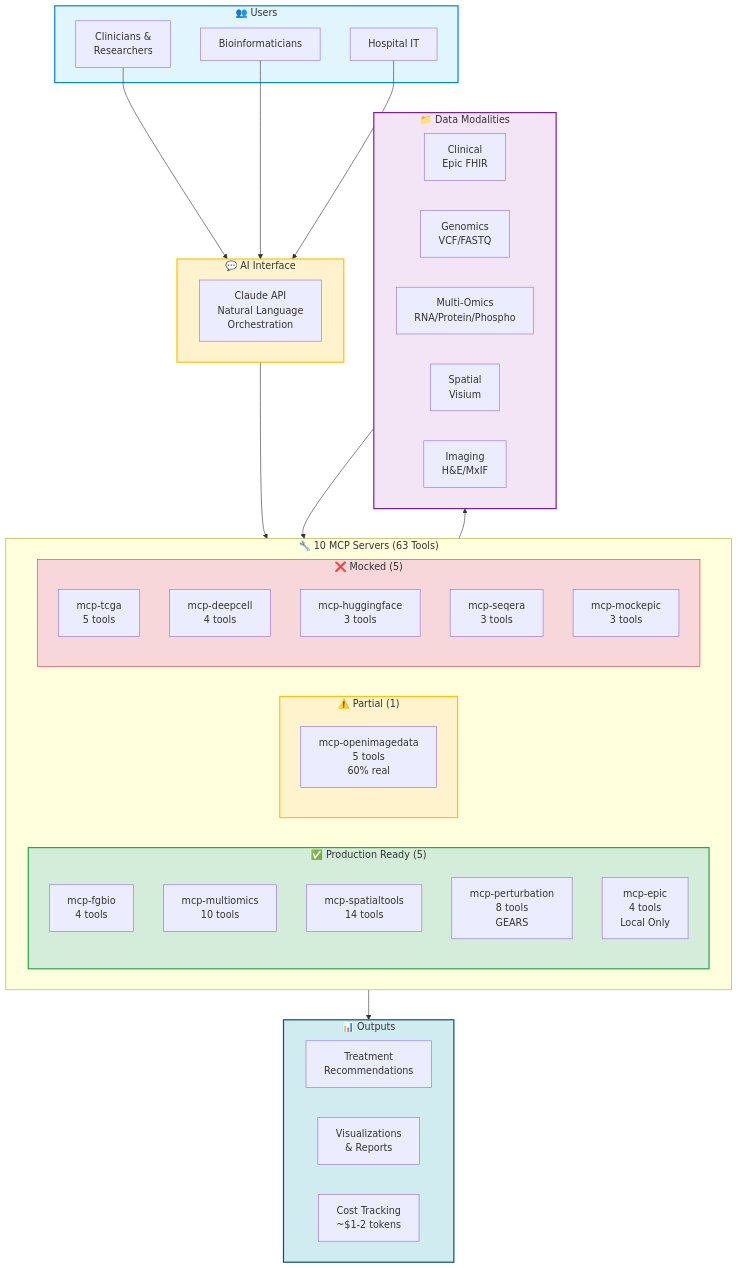
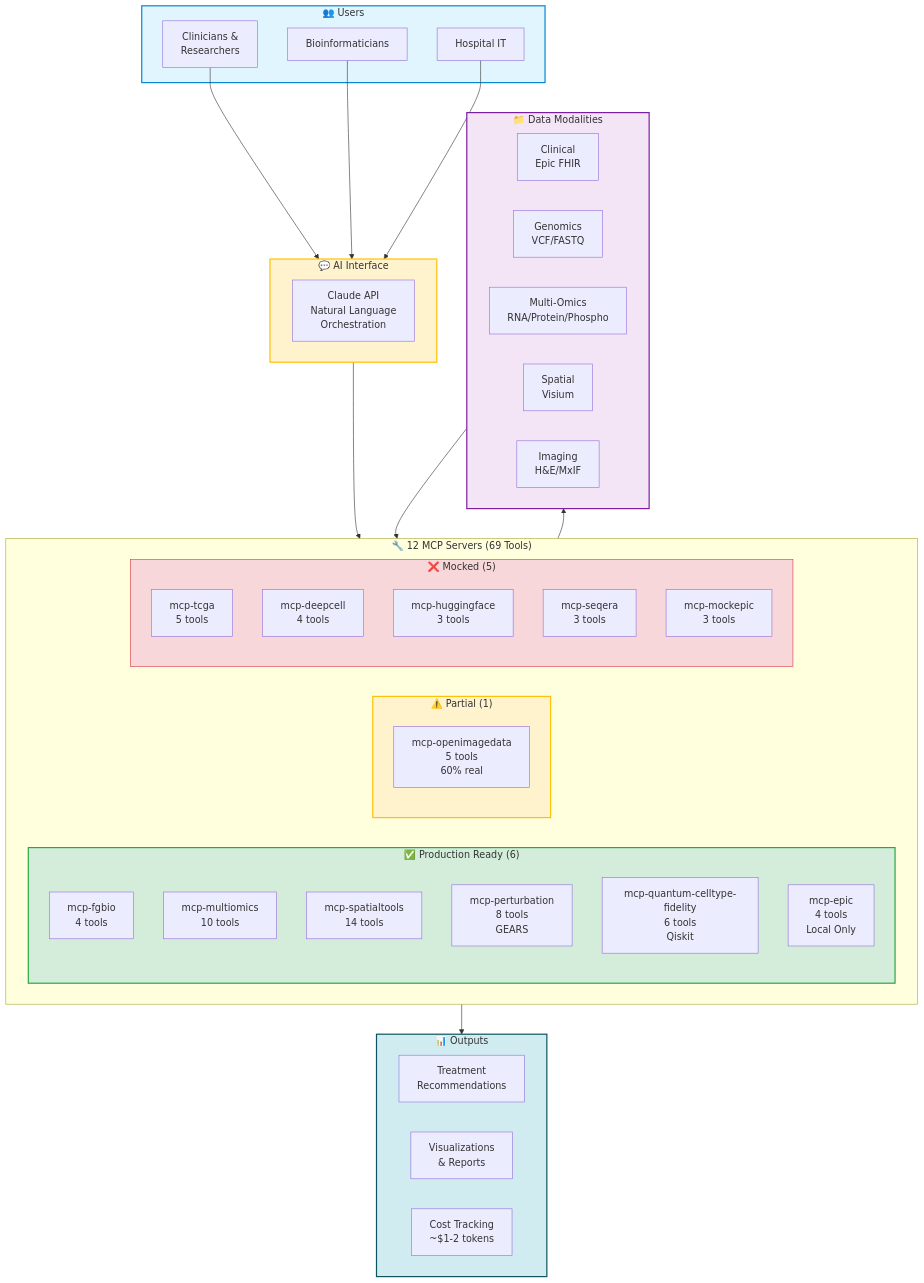
The diagram in docs/EXECUTIVE_SUMMARY.md (raymond301/precision-medicine-mcp), drawn with Mermaid before and after one commit. The commit also changed other lines of this file and 3 other files, not shown here.

First line of the commit message:
Update documentation for mcp-quantum-celltype-fidelity server

````diff
--- a/docs/EXECUTIVE_SUMMARY.md
+++ b/docs/EXECUTIVE_SUMMARY.md
@@ -13,68 +13,69 @@
 ```mermaid
 graph TB
     subgraph Users["👥 Users"]
         CLIN[Clinicians &<br/>Researchers]
         BIO[Bioinformaticians]
         ADMIN[Hospital IT]
     end
 
     subgraph Interface["💬 AI Interface"]
         CLAUDE[Claude API<br/>Natural Language<br/>Orchestration]
     end
 
-    subgraph Servers["🔧 10 MCP Servers (63 Tools)"]
+    subgraph Servers["🔧 12 MCP Servers (69 Tools)"]
         direction LR
-        subgraph Production["✅ Production Ready (5)"]
+        subgraph Production["✅ Production Ready (6)"]
             FGBIO[mcp-fgbio<br/>4 tools]
             MULTI[mcp-multiomics<br/>10 tools]
             SPATIAL[mcp-spatialtools<br/>14 tools]
             PERTURB[mcp-perturbation<br/>8 tools<br/>GEARS]
+            QUANTUM[mcp-quantum-celltype-fidelity<br/>6 tools<br/>Qiskit]
             EPIC[mcp-epic<br/>4 tools<br/>Local Only]
         end
 
         subgraph Partial["⚠️ Partial (1)"]
             IMAGE[mcp-openimagedata<br/>5 tools<br/>60% real]
         end
 
         subgraph Mocked["❌ Mocked (5)"]
             TCGA[mcp-tcga<br/>5 tools]
             DEEP[mcp-deepcell<br/>4 tools]
             HF[mcp-huggingface<br/>3 tools]
             SEQ[mcp-seqera<br/>3 tools]
             MOCK[mcp-mockepic<br/>3 tools]
         end
     end
 
     subgraph Data["📁 Data Modalities"]
         CLINICAL[Clinical<br/>Epic FHIR]
         GENOMIC[Genomics<br/>VCF/FASTQ]
         OMICS[Multi-Omics<br/>RNA/Protein/Phospho]
         SPAT[Spatial<br/>Visium]
         IMG[Imaging<br/>H&E/MxIF]
     end
 
     subgraph Output["📊 Outputs"]
         REPORT[Treatment<br/>Recommendations]
         VIZ[Visualizations<br/>& Reports]
         COST[Cost Tracking<br/>~$1-2 tokens]
     end
 
     CLIN --> Interface
     BIO --> Interface
     ADMIN --> Interface
 
     Interface --> Servers
 
     Servers --> Data
     Data --> Servers
 
     Servers --> Output
 
     style Users fill:#e1f5ff,stroke:#0288d1,stroke-width:2px
     style Interface fill:#fff3cd,stroke:#ffc107,stroke-width:2px
     style Production fill:#d4edda,stroke:#28a745,stroke-width:2px
     style Partial fill:#fff3cd,stroke:#ffc107,stroke-width:2px
     style Mocked fill:#f8d7da,stroke:#dc3545,stroke-width:1px
     style Data fill:#f3e5f5,stroke:#7b1fa2,stroke-width:2px
     style Output fill:#d1ecf1,stroke:#0c5460,stroke-width:2px
 ```
````
